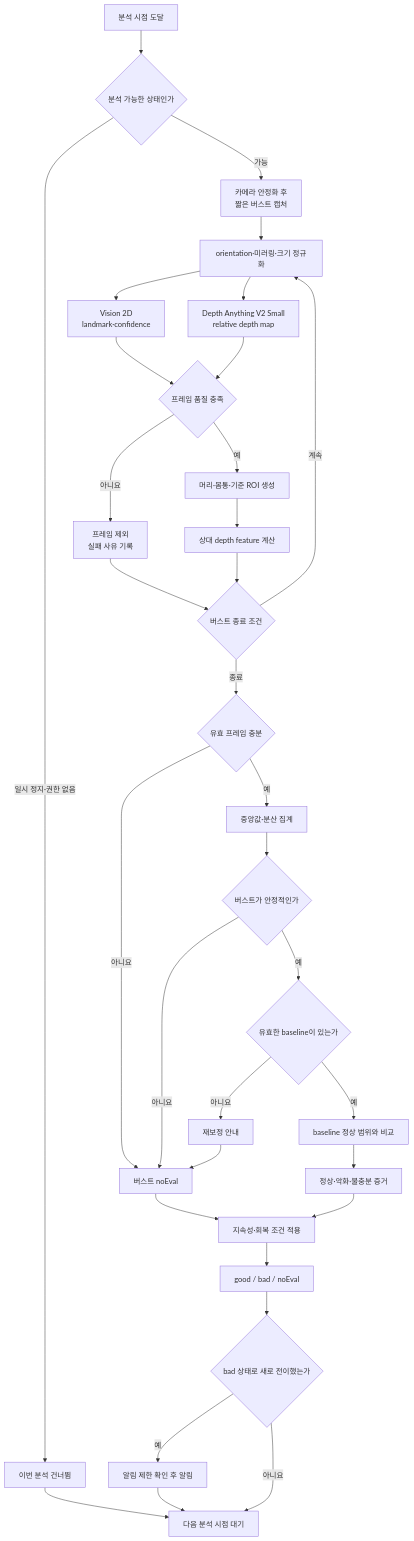
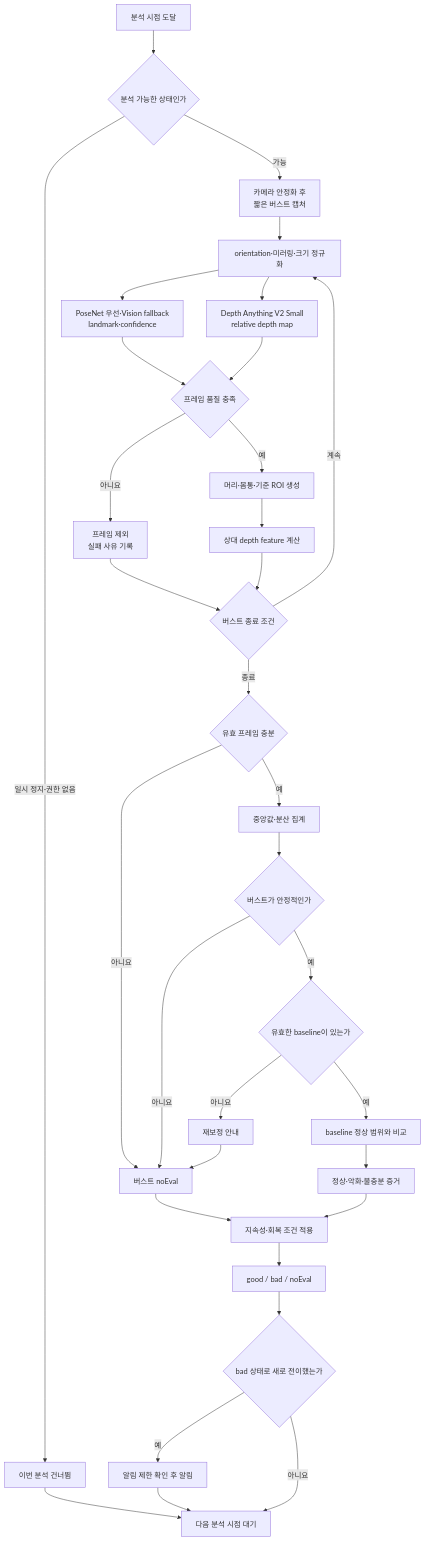
One commit to kimchanhyung98/turtlemeck changed the first of 4 diagrams in docs/algorithm/posture-analysis-workflow.md. Above: the diagram before and after it, drawn with Mermaid. The commit also changed other lines of this file and 37 other files, not shown here.

Commit message:
docs: adopt PoseNet-first pose path and add review reports

````diff
--- a/docs/algorithm/posture-analysis-workflow.md
+++ b/docs/algorithm/posture-analysis-workflow.md
@@ -72,40 +72,40 @@
 ```mermaid
 flowchart TD
     START["분석 시점 도달"] --> READY{"분석 가능한 상태인가"}
     READY -- "일시 정지·권한 없음" --> SKIP["이번 분석 건너뜀"]
     READY -- "가능" --> CAMERA["카메라 안정화 후<br/>짧은 버스트 캡처"]
 
     CAMERA --> NORMALIZE["orientation·미러링·크기 정규화"]
-    NORMALIZE --> POSE["Vision 2D<br/>landmark·confidence"]
+    NORMALIZE --> POSE["PoseNet 우선·Vision fallback<br/>landmark·confidence"]
     NORMALIZE --> DEPTH["Depth Anything V2 Small<br/>relative depth map"]
 
     POSE --> QUALITY{"프레임 품질 충족"}
     DEPTH --> QUALITY
     QUALITY -- "아니요" --> DROP["프레임 제외<br/>실패 사유 기록"]
     QUALITY -- "예" --> ROI["머리·몸통·기준 ROI 생성"]
     ROI --> FEATURE["상대 depth feature 계산"]
 
     DROP --> LOOP{"버스트 종료 조건"}
     FEATURE --> LOOP
     LOOP -- "계속" --> NORMALIZE
     LOOP -- "종료" --> COVERAGE{"유효 프레임 충분"}
 
     COVERAGE -- "아니요" --> NOEVAL["버스트 noEval"]
     COVERAGE -- "예" --> AGGREGATE["중앙값·분산 집계"]
     AGGREGATE --> STABLE{"버스트가 안정적인가"}
     STABLE -- "아니요" --> NOEVAL
     STABLE -- "예" --> BASELINE{"유효한 baseline이 있는가"}
 
     BASELINE -- "아니요" --> RECALIBRATE["재보정 안내"]
     RECALIBRATE --> NOEVAL
     BASELINE -- "예" --> COMPARE["baseline 정상 범위와 비교"]
     COMPARE --> EVIDENCE["정상·악화·불충분 증거"]
     EVIDENCE --> STATE["지속성·회복 조건 적용"]
     NOEVAL --> STATE
     STATE --> RESULT["good / bad / noEval"]
     RESULT --> NOTICE{"bad 상태로 새로 전이했는가"}
     NOTICE -- "예" --> NOTIFY["알림 제한 확인 후 알림"]
     NOTICE -- "아니요" --> END["다음 분석 시점 대기"]
     NOTIFY --> END
     SKIP --> END
 ```
````
